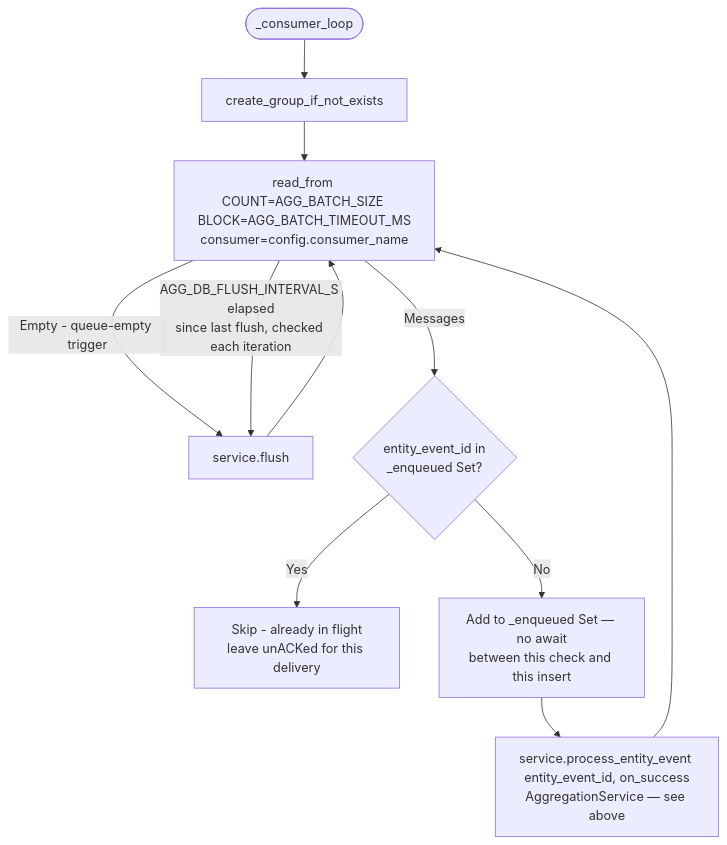
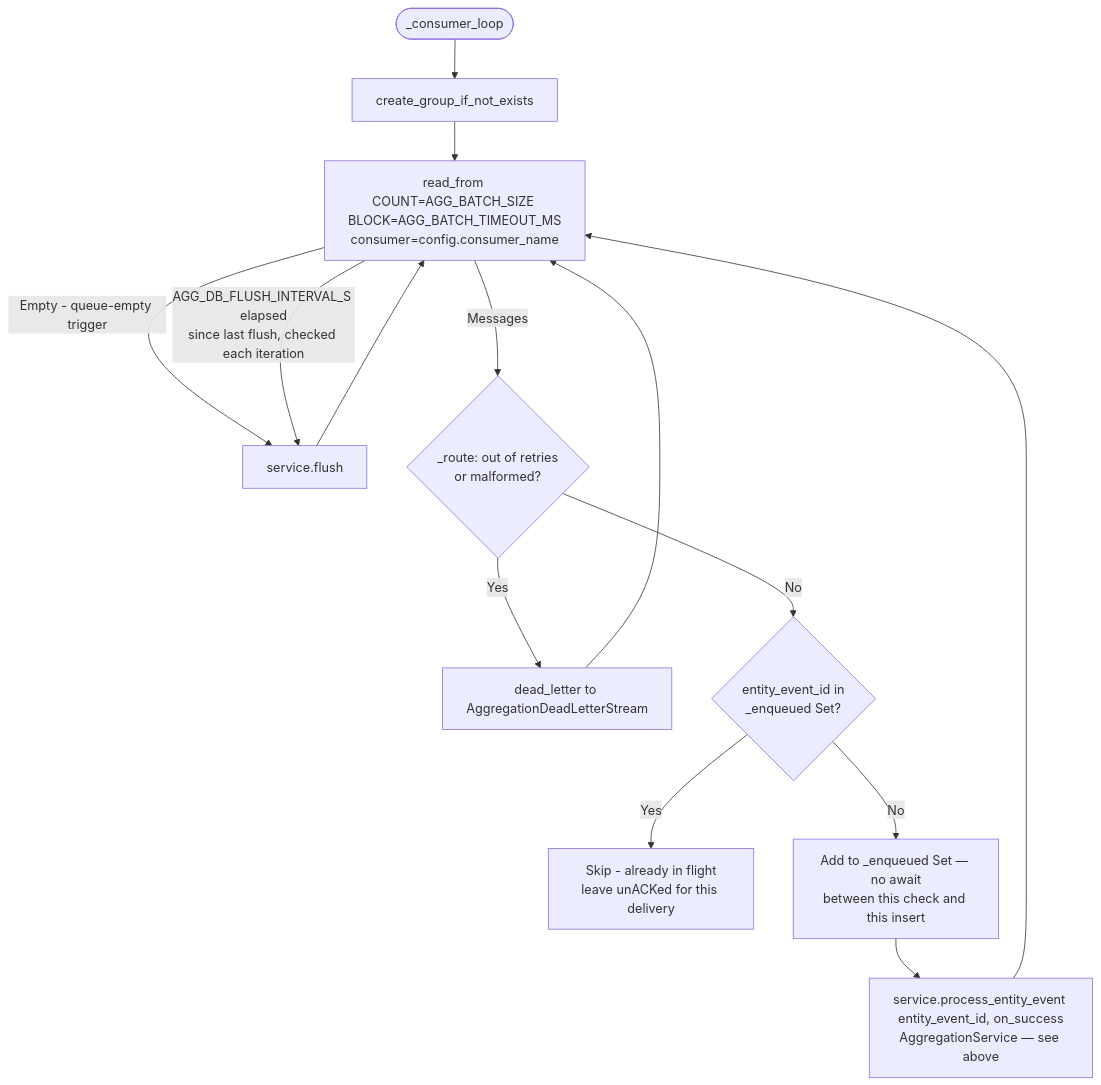
The second of 4 diagrams in stock-assistant-pipeline-intelligence/docs/implementation.md (mars-xiaoyi/wealthfinder), drawn with Mermaid before and after one commit. The commit also changed other lines of this file, not shown here.

First line of the commit message:
SAPI docs: Aggregation reclaim & dead letter writeback (PR #24)

````diff
--- a/stock-assistant-pipeline-intelligence/docs/implementation.md
+++ b/stock-assistant-pipeline-intelligence/docs/implementation.md
@@ -3933,13 +3953,16 @@
 ```mermaid
 flowchart TD
     A([_consumer_loop]) --> B[create_group_if_not_exists]
     B --> C[read_from COUNT=AGG_BATCH_SIZE BLOCK=AGG_BATCH_TIMEOUT_MS\nconsumer=config.consumer_name]
     C -->|Empty - queue-empty trigger| FLUSH[service.flush]
     C -->|AGG_DB_FLUSH_INTERVAL_S elapsed\nsince last flush, checked each iteration| FLUSH
-    C -->|Messages| RTE{entity_event_id in\n_enqueued Set?}
+    C -->|Messages| DL{_route: out of retries\nor malformed?}
+    DL -->|Yes| DLW[dead_letter to AggregationDeadLetterStream]
+    DLW --> C
+    DL -->|No| RTE{entity_event_id in\n_enqueued Set?}
     RTE -->|Yes| SKIP[Skip - already in flight\nleave unACKed for this delivery]
     RTE -->|No| ADD[Add to _enqueued Set — no await\nbetween this check and this insert]
     ADD --> D[service.process_entity_event entity_event_id, on_success\nAggregationService — see above]
     D --> C
     FLUSH --> C
 ```
````
